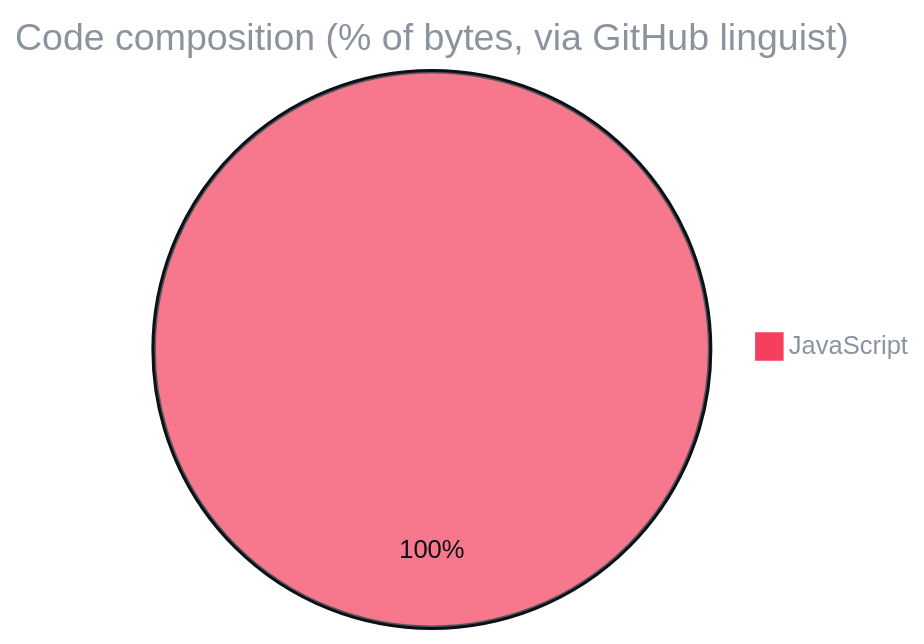
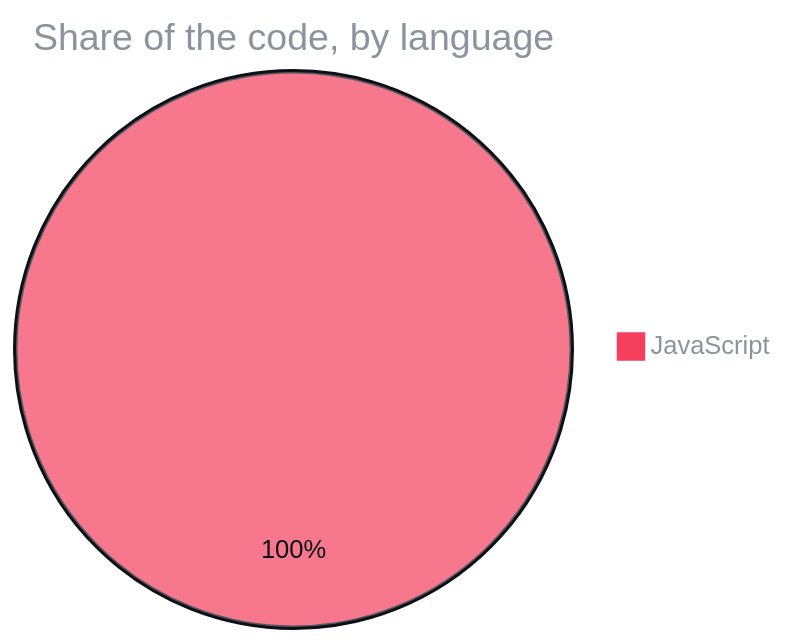
Before and after one commit to F0rger123/daily-email-bot: the second of 2 diagrams in README.md, drawn with Mermaid. The commit also changed other lines of this file and 2 other files, not shown here.

First line of the commit message:
docs: plain-English diagrams and an AI guide for pasted links [skip ci]

````diff
--- a/README.md
+++ b/README.md
@@ -50,5 +56,5 @@
 ```mermaid
 %%{init: {'theme':'base','themeVariables':{'pie1':'#f43f5e','pie2':'#fb923c','pie3':'#64748b','pie4':'#94a3b8','pie5':'#475569','pie6':'#cbd5e1','pie7':'#334155','pieStrokeColor':'#0d1117','pieOuterStrokeColor':'#0d1117','pieTitleTextColor':'#8b949e','pieLegendTextColor':'#8b949e','pieSectionTextColor':'#0d1117'}}}%%
-pie title Code composition (% of bytes, via GitHub linguist)
+pie title Share of the code, by language
     "JavaScript" : 100.0
 ```
````
